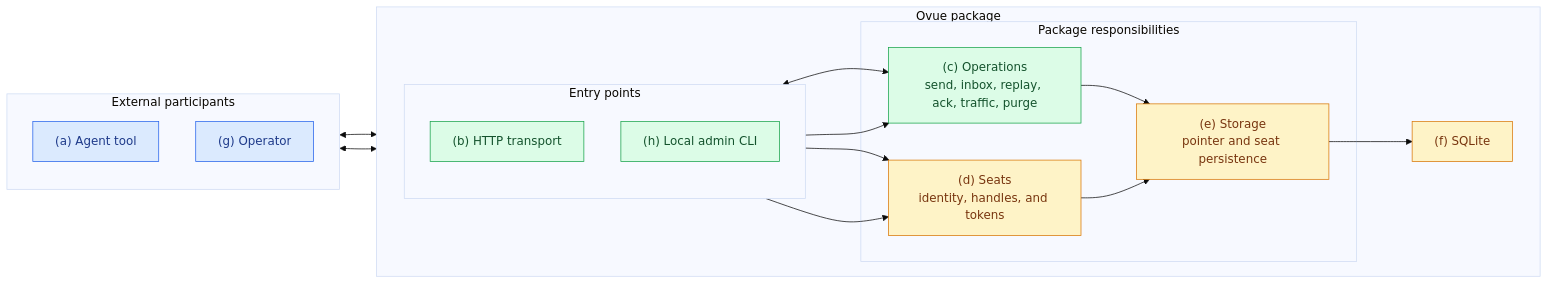
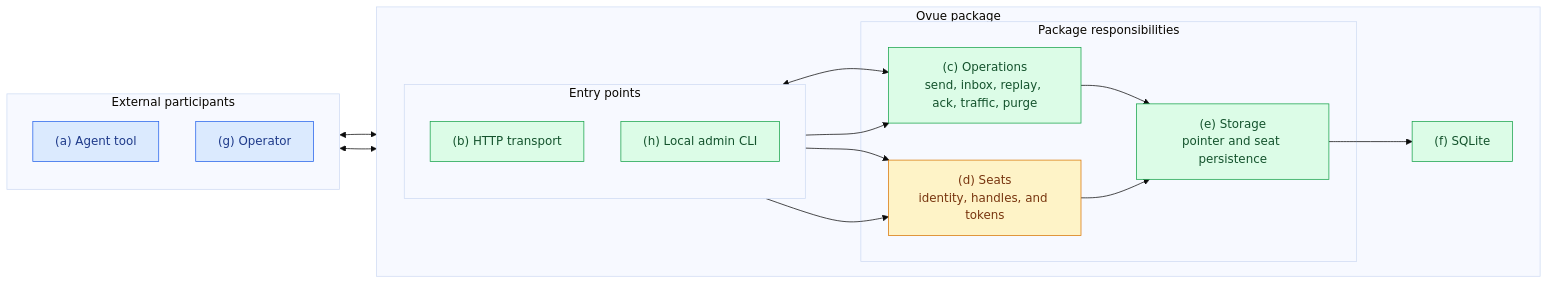
One commit to afroguy16/ovue changed the first of 2 diagrams in spec.md. Above: the diagram before and after it, drawn with Mermaid (base theme). The commit also changed other lines of this file and 24 other files, not shown here.

````diff
--- a/spec.md
+++ b/spec.md
@@ -62,42 +69,42 @@
 ```mermaid
 flowchart LR
     subgraph People[External participants]
         direction TB
         Agent["(a) Agent tool"]
         Operator["(g) Operator"]
     end
 
     subgraph Ovue["Ovue package"]
         direction LR
         subgraph Entry["Entry points"]
             direction TB
             HTTP["(b) HTTP transport"]
             Admin["(h) Local admin CLI"]
         end
 
         subgraph Responsibilities["Package responsibilities"]
             Operations["(c) Operations<br/>send, inbox, replay, ack, traffic, purge"]
             Seats["(d) Seats<br/>identity, handles, and tokens"]
             Store["(e) Storage<br/>pointer and seat persistence"]
         end
 
         SQLite["(f) SQLite"]
         Operations --> Store
         Seats --> Store
         Store --> SQLite
     end
 
     Agent <--> HTTP
     Operator <--> Admin
     HTTP <--> Operations
     HTTP --> Seats
     Admin --> Operations
     Admin --> Seats
 
     classDef complete fill:#dcfce7,stroke:#16a34a,color:#14532d;
     classDef partial fill:#fef3c7,stroke:#d97706,color:#78350f;
     classDef external fill:#dbeafe,stroke:#2563eb,color:#1e3a8a;
-    class HTTP,Admin,Operations complete;
-    class Seats,Store,SQLite partial;
+    class HTTP,Admin,Operations,Store,SQLite complete;
+    class Seats partial;
     class Agent,Operator external;
 ```
````
